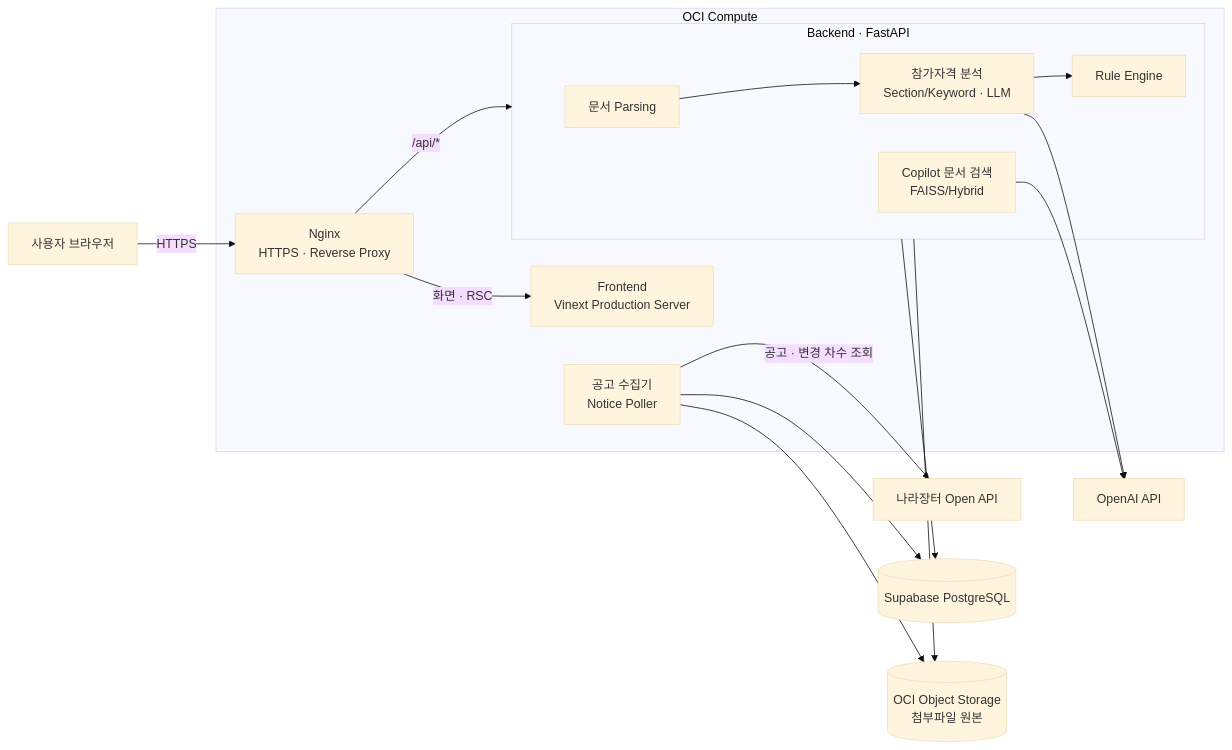
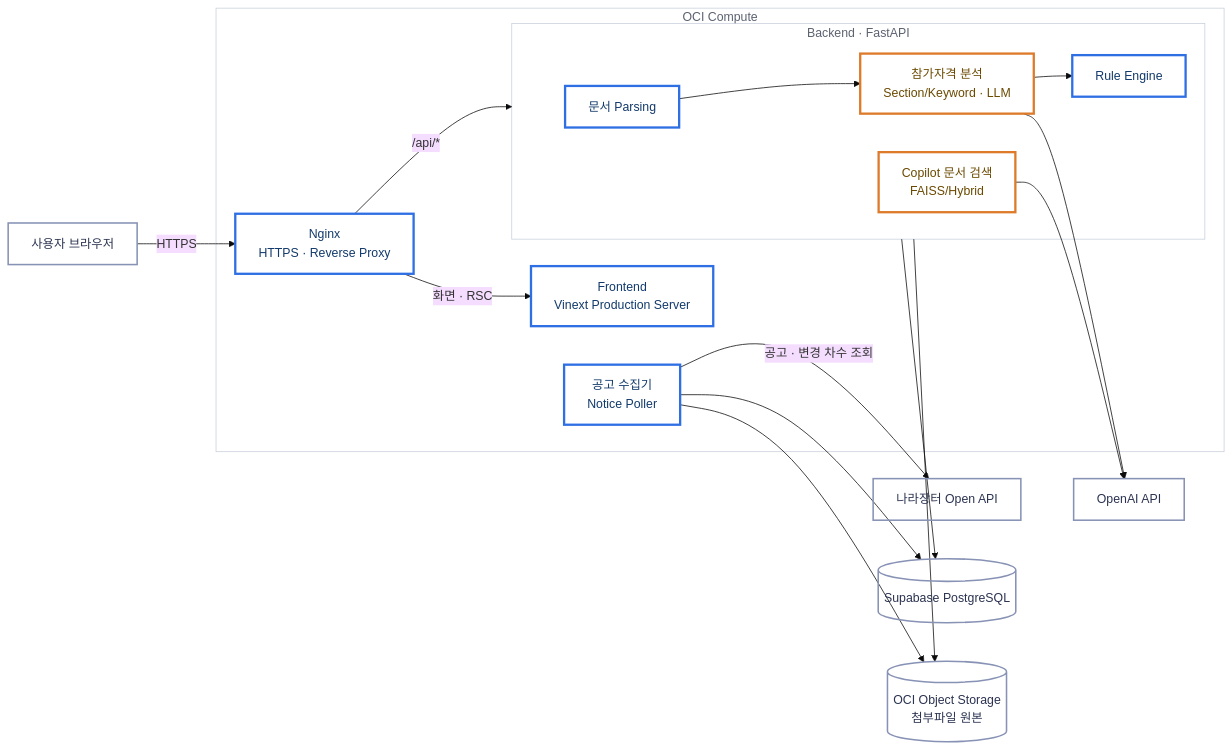
Before and after one commit to SKNETWORKS-FAMILY-AICAMP/SKN34-3rd-4Team: the seventh of 10 diagrams in README.md, drawn with Mermaid (base theme). The commit also changed other lines of this file and 2 other files, not shown here.

Commit message:
docs: 이용안내·회사 프로필 캡처 추가, Mermaid 색 팔레트 통일

````diff
--- a/README.md
+++ b/README.md
@@ -459,38 +497,51 @@
 ```mermaid
 flowchart LR
     USER[사용자 브라우저]
     G2B[나라장터 Open API]
     OPENAI[OpenAI API]
 
     subgraph OCI[OCI Compute]
         NGINX[Nginx<br/>HTTPS · Reverse Proxy]
         WEB[Frontend<br/>Vinext Production Server]
         POLLER[공고 수집기<br/>Notice Poller]
 
         subgraph BACKEND[Backend · FastAPI]
             PARSER[문서 Parsing]
             EXTRACTION[참가자격 분석<br/>Section/Keyword · LLM]
             RULE[Rule Engine]
             COPILOT[Copilot 문서 검색<br/>FAISS/Hybrid]
         end
     end
 
     DB[(Supabase PostgreSQL)]
     STORAGE[(OCI Object Storage<br/>첨부파일 원본)]
 
     USER -->|HTTPS| NGINX
     NGINX -->|화면 · RSC| WEB
     NGINX -->|/api/*| BACKEND
 
     POLLER -->|공고 · 변경 차수 조회| G2B
     POLLER --> DB
     POLLER --> STORAGE
 
     BACKEND --> DB
     BACKEND --> STORAGE
 
     PARSER --> EXTRACTION
     EXTRACTION --> RULE
     EXTRACTION --> OPENAI
     COPILOT --> OPENAI
+
+    classDef core  fill:none,stroke:#2F6FE4,stroke-width:3px,color:#123A6B
+    classDef llm   fill:none,stroke:#DD7B2B,stroke-width:3px,color:#6B4A00
+    classDef safe  fill:none,stroke:#2E9E4F,stroke-width:2.5px,color:#0F4F39
+    classDef src   fill:none,stroke:#8792B5,stroke-width:2px,color:#2B3350
+    classDef plain fill:none,stroke:#B9BCCB,stroke-width:1.5px,color:#2B3350
+    classDef zone  fill:none,stroke:#C9CFDC,stroke-width:1px,color:#5C6270
+
+    class USER,G2B,OPENAI src
+    class NGINX,WEB,POLLER,PARSER,RULE core
+    class EXTRACTION,COPILOT llm
+    class DB,STORAGE src
+    class OCI,BACKEND zone
 ```
````
